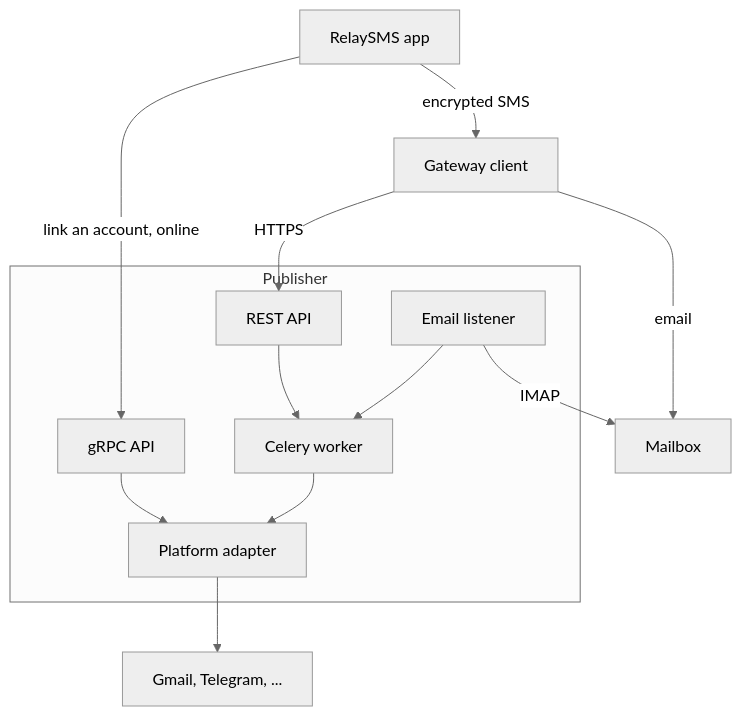
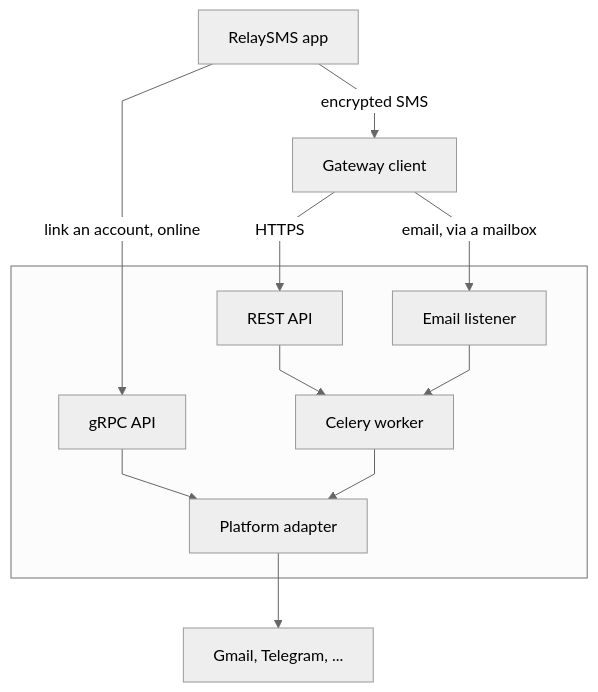
One commit to smswithoutborders/RelaySMS-Publisher changed the diagram in docs/README.md. Above: the diagram before and after it, drawn with Mermaid (neutral theme). The commit also changed other lines of this file and 31 other files, not shown here.

````diff
--- a/docs/README.md
+++ b/docs/README.md
@@ -7,26 +7,29 @@
 ```mermaid
+---
+config:
+  flowchart:
+    curve: linear
+---
 flowchart TB
     app["RelaySMS app"]
     gateway["Gateway client"]
-    mailbox["Mailbox"]
     platform["Gmail, Telegram, ..."]
 
-    subgraph publisher["Publisher"]
+    subgraph publisher[" "]
         grpc["gRPC API"]
         rest["REST API"]
         smtp["Email listener"]
         worker["Celery worker"]
         adapter["Platform adapter"]
     end
 
     app -- "link an account, online" --> grpc
     app -- "encrypted SMS" --> gateway
     gateway -- "HTTPS" --> rest
-    gateway -- "email" --> mailbox
-    smtp -- "IMAP" --> mailbox
+    gateway -- "email, via a mailbox" --> smtp
     rest --> worker
     smtp --> worker
     grpc --> adapter
     worker --> adapter
     adapter --> platform
 ```
````
